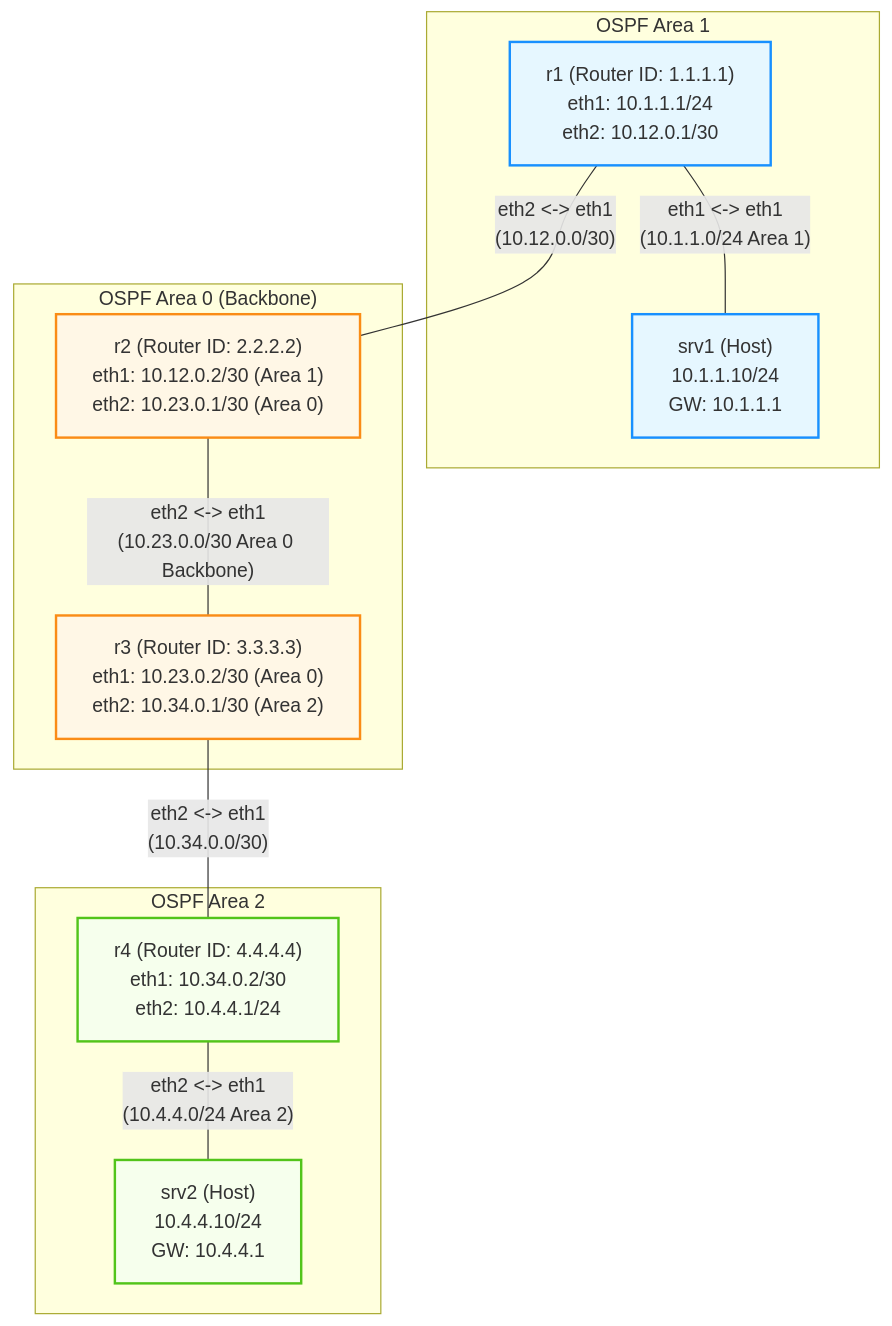
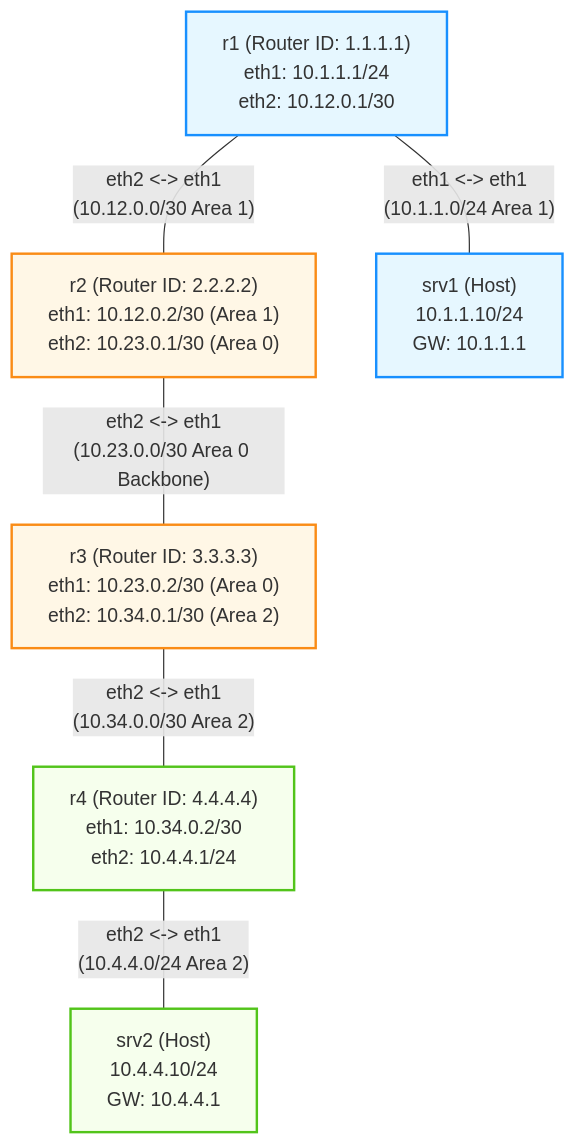
The diagram in bai-tap-ve-nha/18-troubleshooting-chaos-lab/lab-guide.md (thangphan205/containerlab-demo), drawn with Mermaid before and after one commit. The commit also changed 1 other file, not shown here.

Commit message:
docs: update lab guides for OSPF multi-area and troubleshooting chaos modules

````diff
--- a/bai-tap-ve-nha/18-troubleshooting-chaos-lab/lab-guide.md
+++ b/bai-tap-ve-nha/18-troubleshooting-chaos-lab/lab-guide.md
@@ -24,27 +24,21 @@
 ```mermaid
 graph TB
     classDef area1 fill:#e6f7ff,stroke:#1890ff,stroke-width:2px;
     classDef area0 fill:#fff7e6,stroke:#fa8c16,stroke-width:2px;
     classDef area2 fill:#f6ffed,stroke:#52c41a,stroke-width:2px;
 
-    subgraph area1 ["OSPF Area 1"]
-        r1["r1 (Router ID: 1.1.1.1)<br>eth1: 10.1.1.1/24<br>eth2: 10.12.0.1/30"]:::area1
-        srv1["srv1 (Host)<br>10.1.1.10/24<br>GW: 10.1.1.1"]:::area1
-        r1 -- "eth1 <-> eth1<br>(10.1.1.0/24 Area 1)" --- srv1
-    end
+    r1["r1 (Router ID: 1.1.1.1)<br>eth1: 10.1.1.1/24<br>eth2: 10.12.0.1/30"]:::area1
+    r2["r2 (Router ID: 2.2.2.2)<br>eth1: 10.12.0.2/30 (Area 1)<br>eth2: 10.23.0.1/30 (Area 0)"]:::area0
+    r3["r3 (Router ID: 3.3.3.3)<br>eth1: 10.23.0.2/30 (Area 0)<br>eth2: 10.34.0.1/30 (Area 2)"]:::area0
+    r4["r4 (Router ID: 4.4.4.4)<br>eth1: 10.34.0.2/30<br>eth2: 10.4.4.1/24"]:::area2
 
-    subgraph area0 ["OSPF Area 0 (Backbone)"]
-        r2["r2 (Router ID: 2.2.2.2)<br>eth1: 10.12.0.2/30 (Area 1)<br>eth2: 10.23.0.1/30 (Area 0)"]:::area0
-        r3["r3 (Router ID: 3.3.3.3)<br>eth1: 10.23.0.2/30 (Area 0)<br>eth2: 10.34.0.1/30 (Area 2)"]:::area0
-        r2 -- "eth2 <-> eth1<br>(10.23.0.0/30 Area 0 Backbone)" --- r3
-    end
+    srv1["srv1 (Host)<br>10.1.1.10/24<br>GW: 10.1.1.1"]:::area1
+    srv2["srv2 (Host)<br>10.4.4.10/24<br>GW: 10.4.4.1"]:::area2
 
-    subgraph area2 ["OSPF Area 2"]
-        r4["r4 (Router ID: 4.4.4.4)<br>eth1: 10.34.0.2/30<br>eth2: 10.4.4.1/24"]:::area2
-        srv2["srv2 (Host)<br>10.4.4.10/24<br>GW: 10.4.4.1"]:::area2
-        r4 -- "eth2 <-> eth1<br>(10.4.4.0/24 Area 2)" --- srv2
-    end
+    r1 -- "eth2 <-> eth1<br>(10.12.0.0/30 Area 1)" --- r2
+    r2 -- "eth2 <-> eth1<br>(10.23.0.0/30 Area 0 Backbone)" --- r3
+    r3 -- "eth2 <-> eth1<br>(10.34.0.0/30 Area 2)" --- r4
 
-    r1 -- "eth2 <-> eth1<br>(10.12.0.0/30)" --- r2
-    r3 -- "eth2 <-> eth1<br>(10.34.0.0/30)" --- r4
+    r1 -- "eth1 <-> eth1<br>(10.1.1.0/24 Area 1)" --- srv1
+    r4 -- "eth2 <-> eth1<br>(10.4.4.0/24 Area 2)" --- srv2
 ```
````
